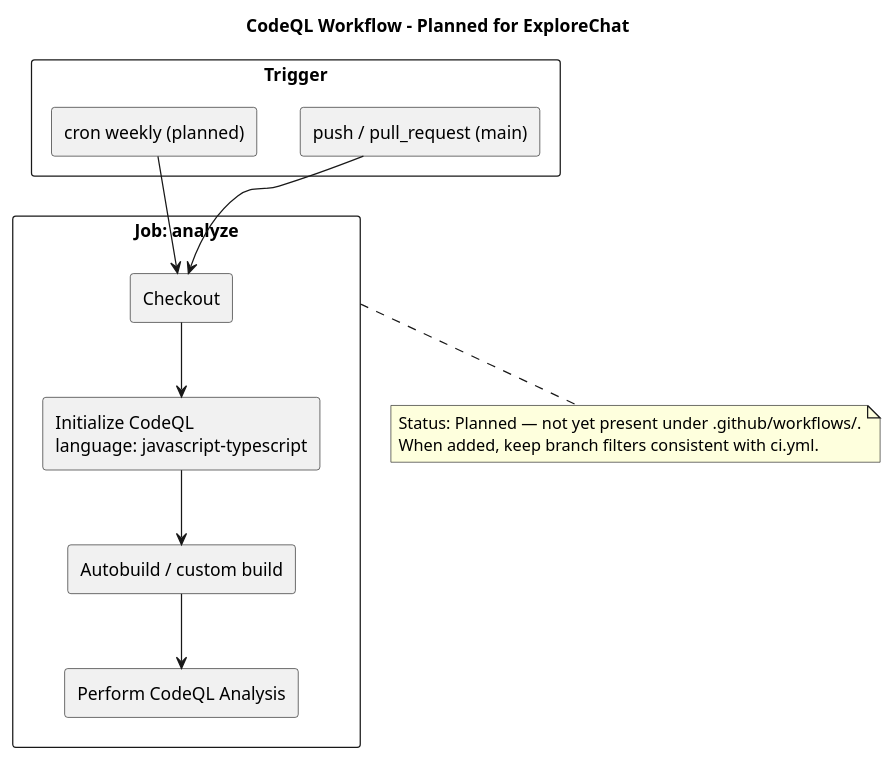
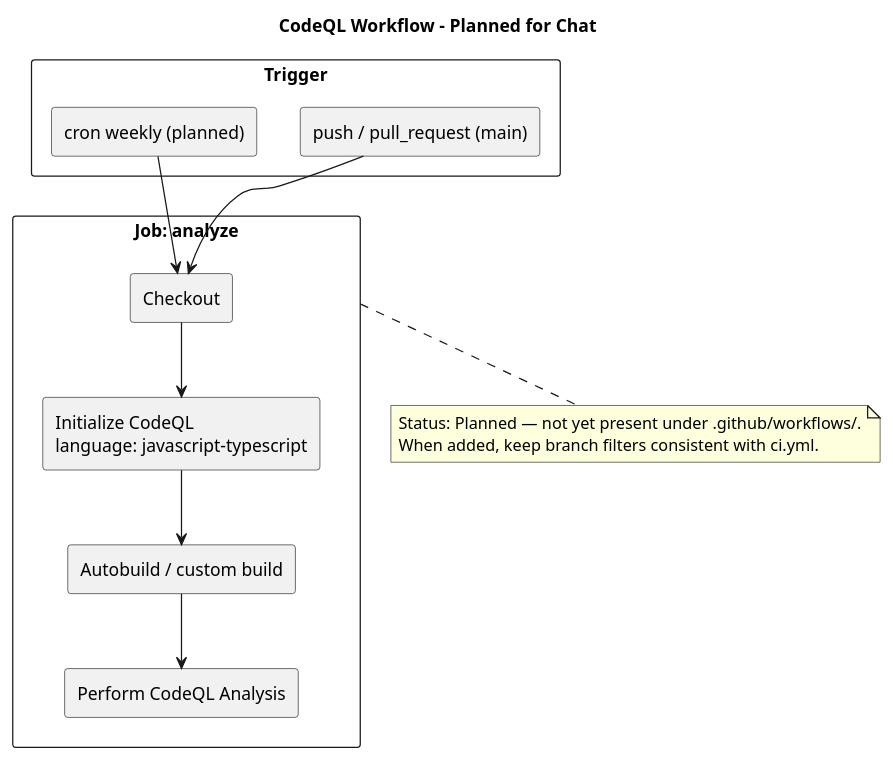
The diagram in docs/developer/cicd/cicd-codeql.puml (felixzhu97/explore-chat), drawn with PlantUML before and after one commit. The commit also changed 134 other files, not shown here.

```diff
--- a/docs/developer/cicd/cicd-codeql.puml
+++ b/docs/developer/cicd/cicd-codeql.puml
@@ -1,30 +1,30 @@
 @startuml cicd-codeql
 skinparam packageStyle rectangle
 skinparam shadowing false
 
-title CodeQL Workflow - Planned for ExploreChat
+title CodeQL Workflow - Planned for Chat
 
 rectangle "Trigger" as T {
   rectangle "push / pull_request (main)" as T1
   rectangle "cron weekly (planned)" as T2
 }
 
 rectangle "Job: analyze" as J {
   rectangle "Checkout" as S1
   rectangle "Initialize CodeQL\nlanguage: javascript-typescript" as S2
   rectangle "Autobuild / custom build" as S3
   rectangle "Perform CodeQL Analysis" as S4
 }
 
 T1 --> S1
 T2 --> S1
 S1 --> S2
 S2 --> S3
 S3 --> S4
 
 note bottom of J
   Status: Planned — not yet present under .github/workflows/.
   When added, keep branch filters consistent with ci.yml.
 end note
 
 @enduml
```
